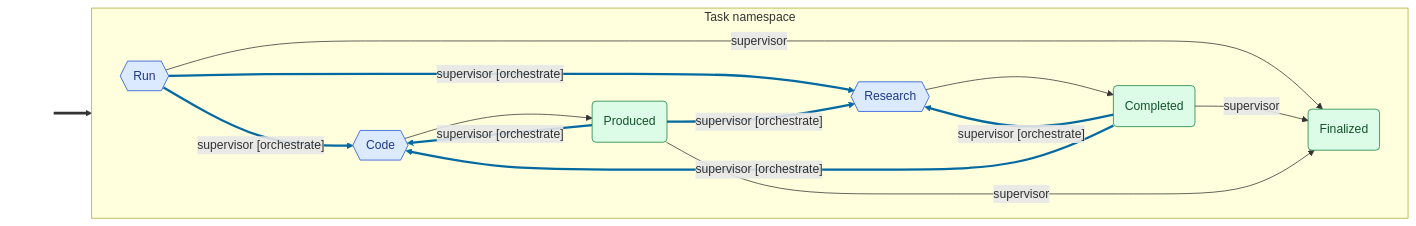
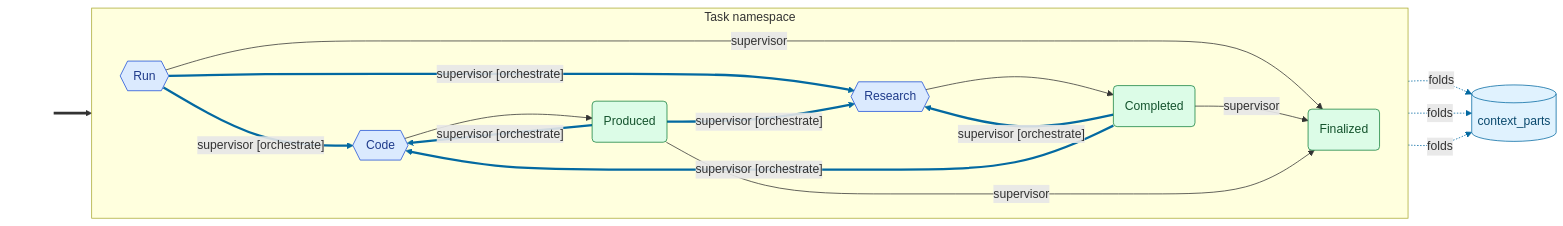
One commit to cadance-io/langgraph-events changed the second of 2 diagrams in examples/supervisor.graph.md. Above: the diagram before and after it, drawn with Mermaid. The commit also changed other lines of this file and 16 other files, not shown here.

First line of the commit message:
feat: show each reducer in the namespace model and its diagrams

````diff
--- a/examples/supervisor.graph.md
+++ b/examples/supervisor.graph.md
@@ -50,33 +54,39 @@
 ```mermaid
 graph LR
     classDef entry fill:none,stroke:none,color:none
     classDef cmd fill:#dbeafe,stroke:#1d4ed8,color:#1e3a8a
     classDef devt fill:#dcfce7,stroke:#15803d,color:#14532d
     classDef intg fill:#ede9fe,stroke:#6d28d9,color:#4c1d95
     classDef syst fill:#fef3c7,stroke:#b45309,color:#78350f
     classDef halt fill:#fef3c7,stroke:#b45309,color:#78350f,stroke-width:3px,stroke-dasharray:4 2
     classDef inv fill:#ffedd5,stroke:#c2410c,color:#7c2d12
+    classDef reducer fill:#e0f2fe,stroke:#0369a1,color:#0c4a6e
     subgraph Task["Task namespace"]
         direction LR
         Code{{Code}}:::cmd
         Completed(Completed):::devt
         Finalized(Finalized):::devt
         Produced(Produced):::devt
         Research{{Research}}:::cmd
         Run{{Run}}:::cmd
     end
+    _reducer_context_parts[(context_parts)]:::reducer
     _e0_[ ]:::entry ==> Run
     Run -->|"supervisor [orchestrate]"| Research
     Run -->|"supervisor [orchestrate]"| Code
     Run -->|supervisor| Finalized
     Completed -->|"supervisor [orchestrate]"| Research
     Completed -->|"supervisor [orchestrate]"| Code
     Completed -->|supervisor| Finalized
     Produced -->|"supervisor [orchestrate]"| Research
     Produced -->|"supervisor [orchestrate]"| Code
     Produced -->|supervisor| Finalized
     Research --> Completed
     Code --> Produced
+    Produced -.->|folds| _reducer_context_parts
+    Completed -.->|folds| _reducer_context_parts
+    Run -.->|folds| _reducer_context_parts
 %% Side-effect handlers: audit_trail (Auditable)
     linkStyle 1,2,4,5,7,8 stroke:#0369a1,stroke-width:3px
+    linkStyle 12,13,14 stroke:#0369a1,stroke-dasharray:2 2
 ```
````
